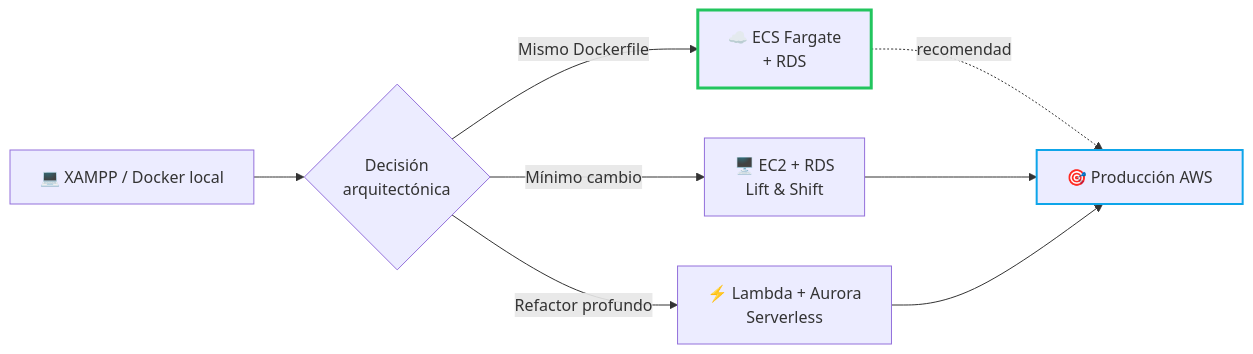
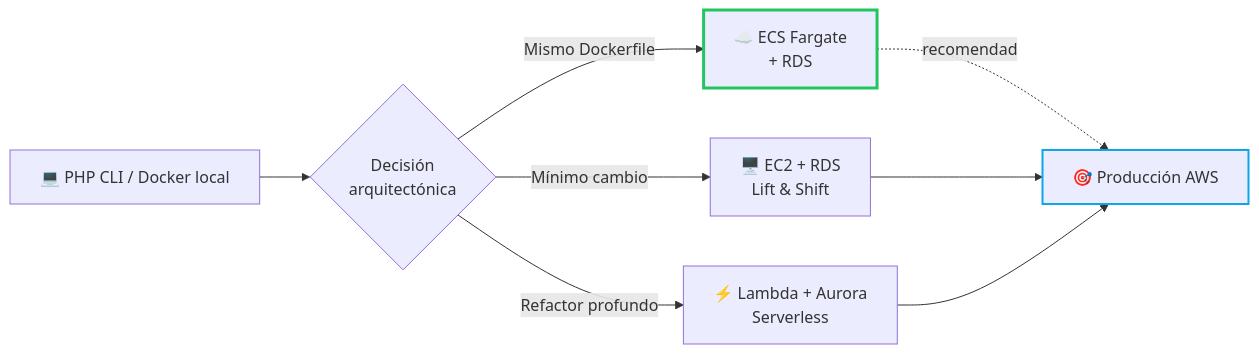
Before and after one commit to vladimiracunadev-create/microsistemas: the first of 7 diagrams in docs/AWS_MIGRATION.md, drawn with Mermaid. The commit also changed other lines of this file and 82 other files, not shown here.

````diff
--- a/docs/AWS_MIGRATION.md
+++ b/docs/AWS_MIGRATION.md
@@ -60,12 +60,12 @@
 ```mermaid
 graph LR
-    Local["💻 XAMPP / Docker local"] --> Dec{Decisión<br/>arquitectónica}
+    Local["💻 PHP CLI / Docker local"] --> Dec{Decisión<br/>arquitectónica}
     Dec -->|Mismo Dockerfile| B["☁️ ECS Fargate<br/>+ RDS"]
     Dec -->|Mínimo cambio| A["🖥️ EC2 + RDS<br/>Lift & Shift"]
     Dec -->|Refactor profundo| C["⚡ Lambda + Aurora<br/>Serverless"]
     B -.recomendado.-> Final["🎯 Producción AWS"]
     A --> Final
     C --> Final
     style B stroke:#22c55e,stroke-width:3px
     style Final stroke:#0ea5e9,stroke-width:2px
 ```
````
